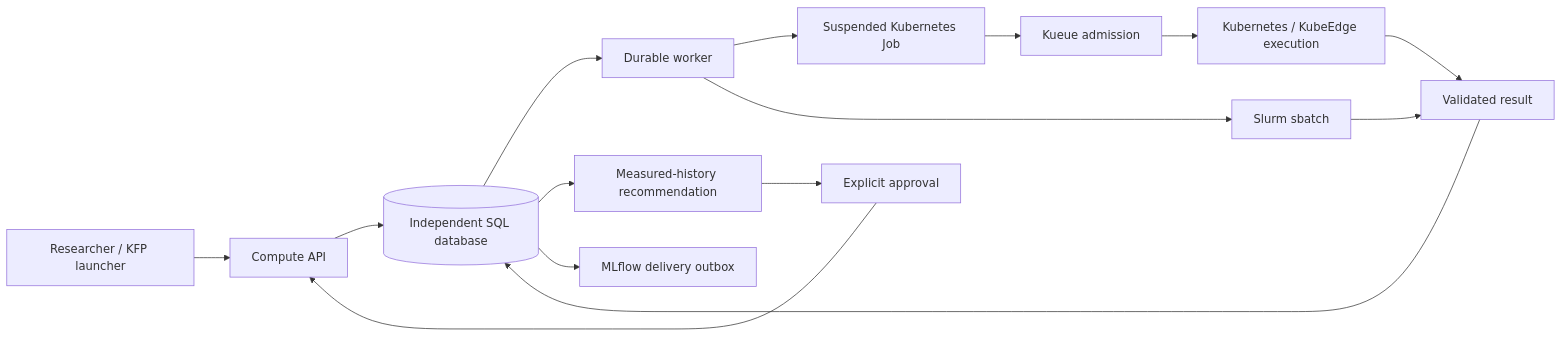
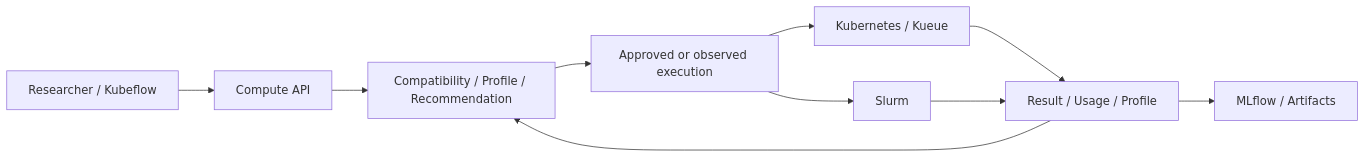
Before and after one commit to dsa04156/resource-advisor: the diagram in README.md, drawn with Mermaid. The commit also changed other lines of this file and 224 other files, not shown here.

````diff
--- a/README.md
+++ b/README.md
@@ -136,17 +50,12 @@
 ```mermaid
 flowchart LR
-    U[Researcher / KFP launcher] --> A[Compute API]
-    A --> D[(Independent SQL database)]
-    D --> W[Durable worker]
-    W --> K[Suspended Kubernetes Job]
-    K --> Q[Kueue admission]
-    Q --> E[Kubernetes / KubeEdge execution]
-    W --> S[Slurm sbatch]
-    E --> R[Validated result]
+    U[Researcher / Kubeflow] --> A[Compute API]
+    A --> V[Compatibility / Profile / Recommendation]
+    V --> P[Approved or observed execution]
+    P --> K[Kubernetes / Kueue]
+    P --> S[Slurm]
+    K --> R[Result / Usage / Profile]
     S --> R
-    R --> D
-    D --> L[Measured-history recommendation]
-    L --> P[Explicit approval]
-    P --> A
-    D --> M[MLflow delivery outbox]
+    R --> V
+    R --> M[MLflow / Artifacts]
 ```
````
